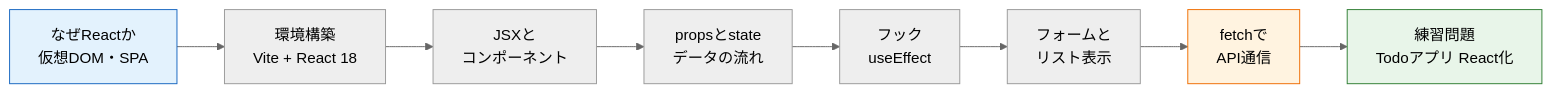
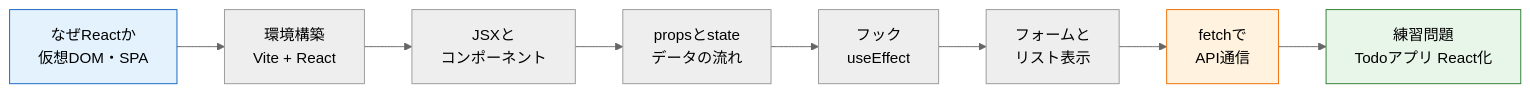
The diagram in cloudflare-site/src/content/docs/react/index.md (dik-ab/school-curriculum-platform), drawn with Mermaid (neutral theme) before and after one commit. The commit also changed other lines of this file, not shown here.

Commit message:
docs: clarify react curriculum scope

````diff
--- a/cloudflare-site/src/content/docs/react/index.md
+++ b/cloudflare-site/src/content/docs/react/index.md
@@ -18,13 +32,13 @@
 ```mermaid
 flowchart LR
-    A["なぜReactか<br/>仮想DOM・SPA"] --> B["環境構築<br/>Vite + React 18"]
+    A["なぜReactか<br/>仮想DOM・SPA"] --> B["環境構築<br/>Vite + React"]
     B --> C["JSXと<br/>コンポーネント"]
     C --> D["propsとstate<br/>データの流れ"]
     D --> E["フック<br/>useEffect"]
     E --> F["フォームと<br/>リスト表示"]
     F --> G["fetchで<br/>API通信"]
     G --> H["練習問題<br/>Todoアプリ React化"]
     style A fill:#e3f2fd,stroke:#1565c0
     style G fill:#fff3e0,stroke:#ef6c00
     style H fill:#e8f5e9,stroke:#2e7d32
 ```
````
